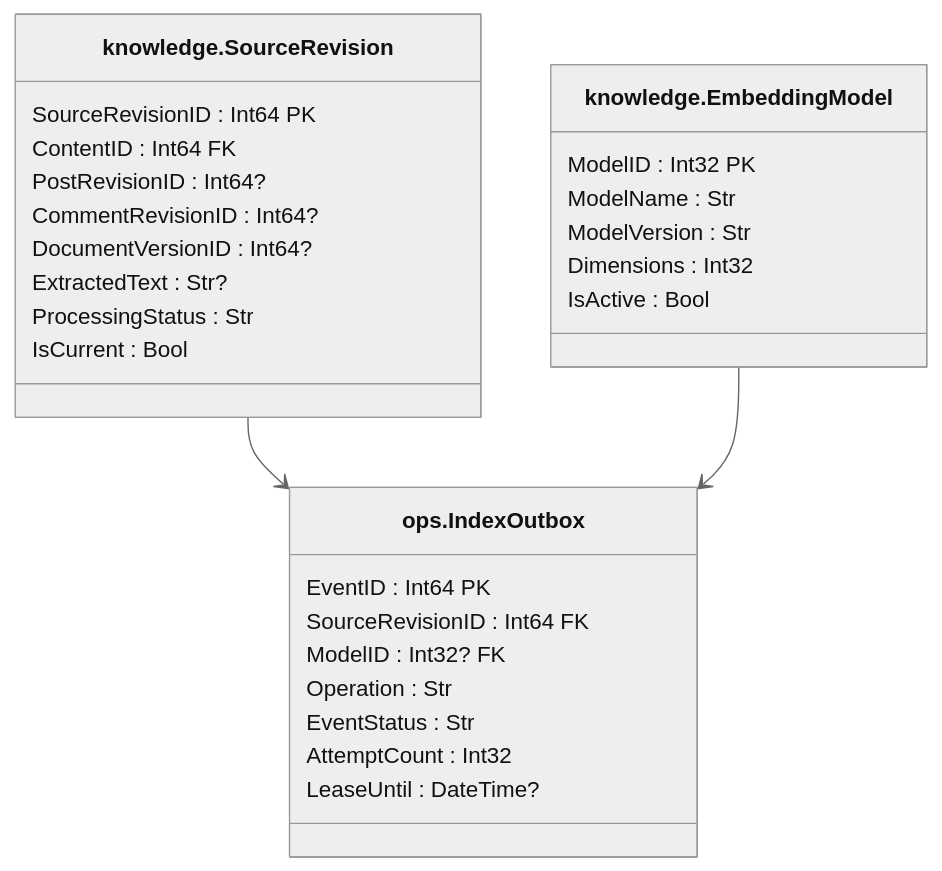
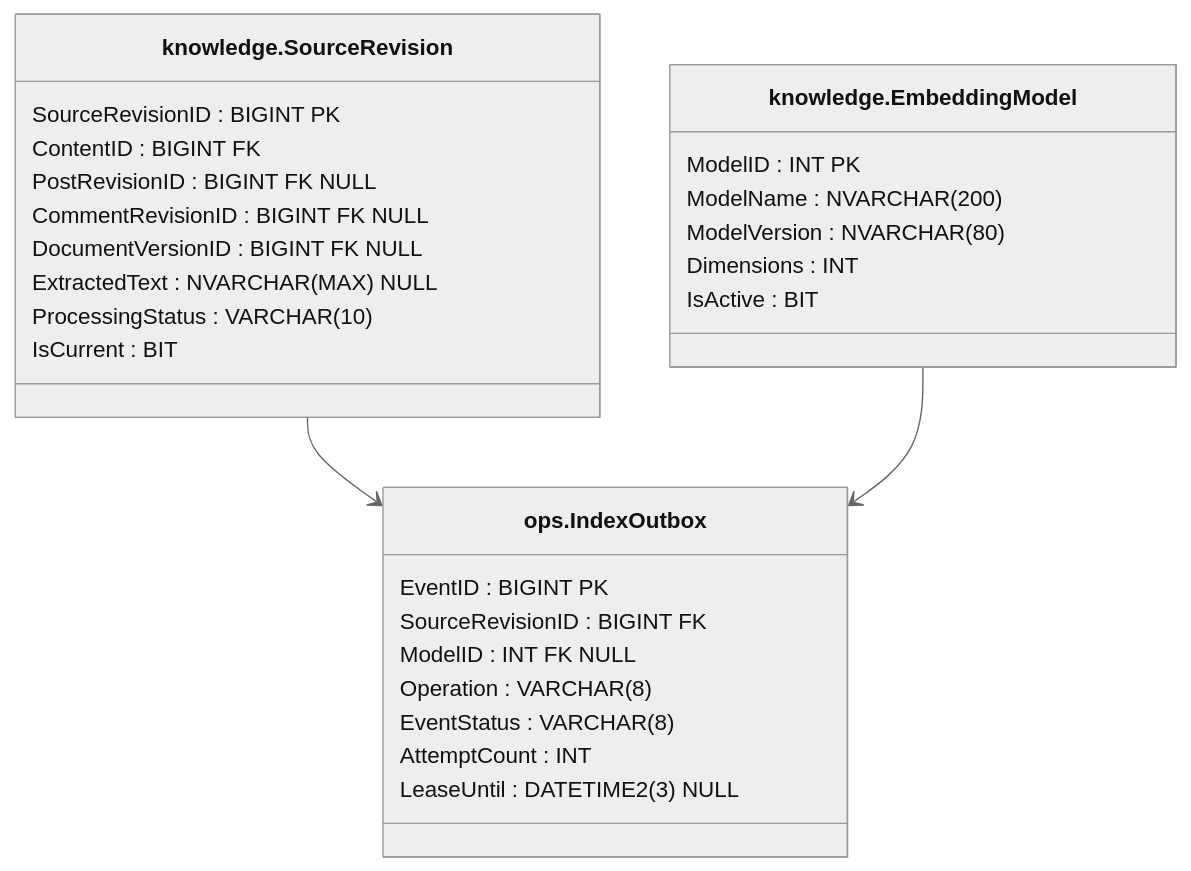
One commit to lkeey/BIVT-labs changed diagram 14 of 15 in 03SQL-CourseWork/architecture/database-model.md. Above: the diagram before and after it, drawn with Mermaid (neutral theme). The commit also changed other lines of this file, not shown here.

Commit message:
docs(coursework): use exact T-SQL types in database diagrams

```diff
--- a/03SQL-CourseWork/architecture/database-model.md
+++ b/03SQL-CourseWork/architecture/database-model.md
@@ -569,32 +569,32 @@
 ~~~mermaid
 classDiagram
     direction TB
     class S["knowledge.SourceRevision"] {
-        SourceRevisionID : Int64 PK
-        ContentID : Int64 FK
-        PostRevisionID : Int64?
-        CommentRevisionID : Int64?
-        DocumentVersionID : Int64?
-        ExtractedText : Str?
-        ProcessingStatus : Str
-        IsCurrent : Bool
+        SourceRevisionID : BIGINT PK
+        ContentID : BIGINT FK
+        PostRevisionID : BIGINT FK NULL
+        CommentRevisionID : BIGINT FK NULL
+        DocumentVersionID : BIGINT FK NULL
+        ExtractedText : NVARCHAR#40;MAX#41; NULL
+        ProcessingStatus : VARCHAR#40;10#41;
+        IsCurrent : BIT
     }
     class M["knowledge.EmbeddingModel"] {
-        ModelID : Int32 PK
-        ModelName : Str
-        ModelVersion : Str
-        Dimensions : Int32
-        IsActive : Bool
+        ModelID : INT PK
+        ModelName : NVARCHAR#40;200#41;
+        ModelVersion : NVARCHAR#40;80#41;
+        Dimensions : INT
+        IsActive : BIT
     }
     class O["ops.IndexOutbox"] {
-        EventID : Int64 PK
-        SourceRevisionID : Int64 FK
-        ModelID : Int32? FK
-        Operation : Str
-        EventStatus : Str
-        AttemptCount : Int32
-        LeaseUntil : DateTime?
+        EventID : BIGINT PK
+        SourceRevisionID : BIGINT FK
+        ModelID : INT FK NULL
+        Operation : VARCHAR#40;8#41;
+        EventStatus : VARCHAR#40;8#41;
+        AttemptCount : INT
+        LeaseUntil : DATETIME2#40;3#41; NULL
     }
     S --> O
     M --> O
 ~~~
```
